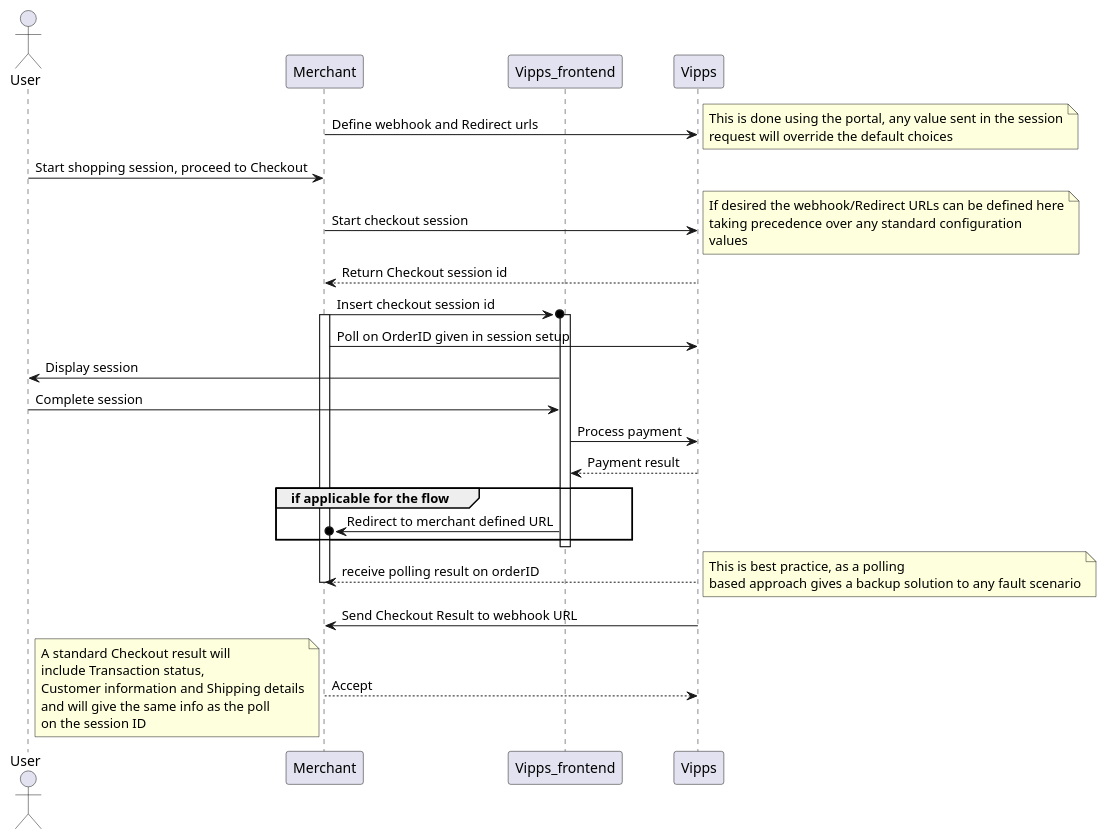
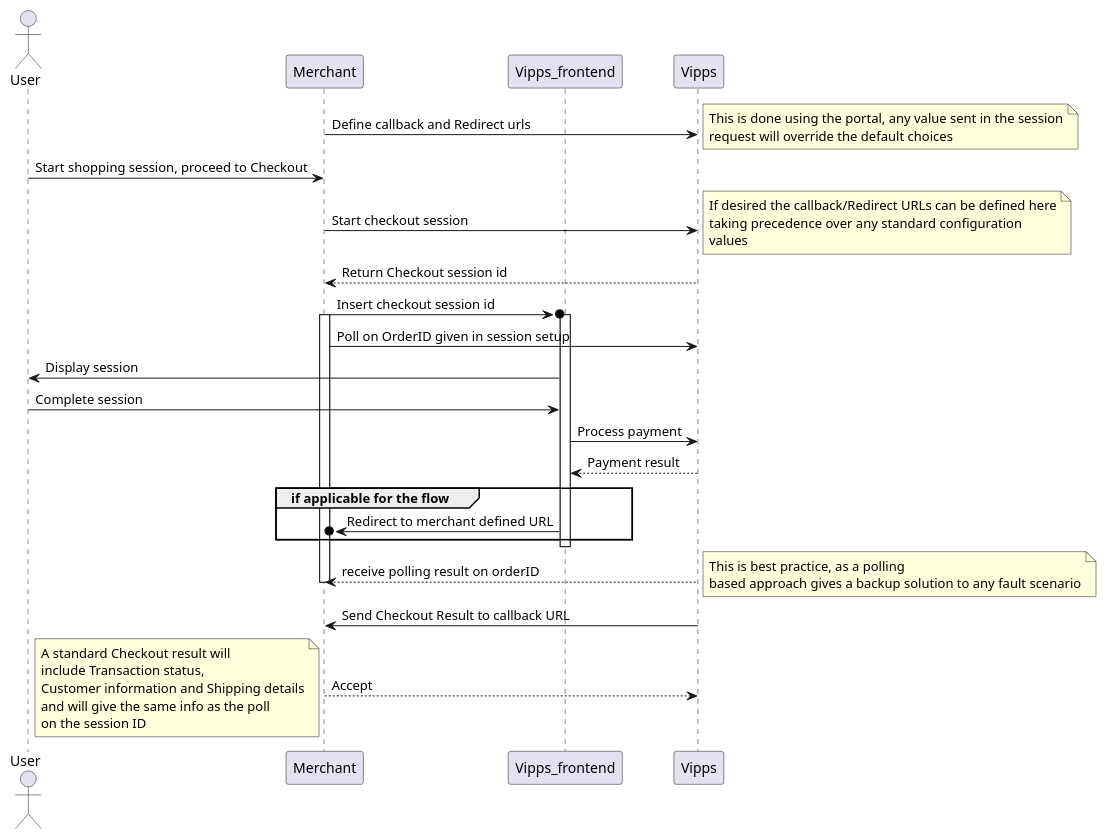
Before and after one commit to vippsas/vipps-checkout: the diagram in resources/standard_flow.puml, drawn with PlantUML. The commit also changed 2 other files, not shown here.

Commit message:
Renamed webhook to callback

```diff
--- a/resources/standard_flow.puml
+++ b/resources/standard_flow.puml
@@ -1,62 +1,62 @@
 @startuml
 
 Actor User
 participant Merchant
 participant Vipps_frontend
 participant Vipps
 
-Merchant -> Vipps : Define webhook and Redirect urls
+Merchant -> Vipps : Define callback and Redirect urls
 
 note right
 This is done using the portal, any value sent in the session
 request will override the default choices
 end note
 
 User -> Merchant : Start shopping session, proceed to Checkout
 Merchant -> Vipps : Start checkout session
 
 note right 
-If desired the webhook/Redirect URLs can be defined here
+If desired the callback/Redirect URLs can be defined here
 taking precedence over any standard configuration
 values  
 end note
 
 Vipps --> Merchant : Return Checkout session id
 
 Merchant ->o Vipps_frontend: Insert checkout session id
 activate Vipps_frontend
 activate Merchant
 Merchant -> Vipps : Poll on OrderID given in session setup
 Vipps_frontend -> User : Display session
 User -> Vipps_frontend : Complete session
 Vipps_frontend -> Vipps : Process payment
 Vipps --> Vipps_frontend : Payment result
 
 group if applicable for the flow
 Vipps_frontend ->o Merchant : Redirect to merchant defined URL
 end
 deactivate Vipps_frontend
 
 Merchant <-- Vipps: receive polling result on orderID
 deactivate Merchant
 
 note right
 This is best practice, as a polling
 based approach gives a backup solution to any fault scenario
 end note
 
-Vipps -> Merchant : Send Checkout Result to webhook URL
+Vipps -> Merchant : Send Checkout Result to callback URL
 Vipps <-- Merchant : Accept
 
 note left
 A standard Checkout result will 
 include Transaction status,
 Customer information and Shipping details
 and will give the same info as the poll
 on the session ID
 end note
 
 deactivate Vipps_frontend
 
 
 @enduml
```
